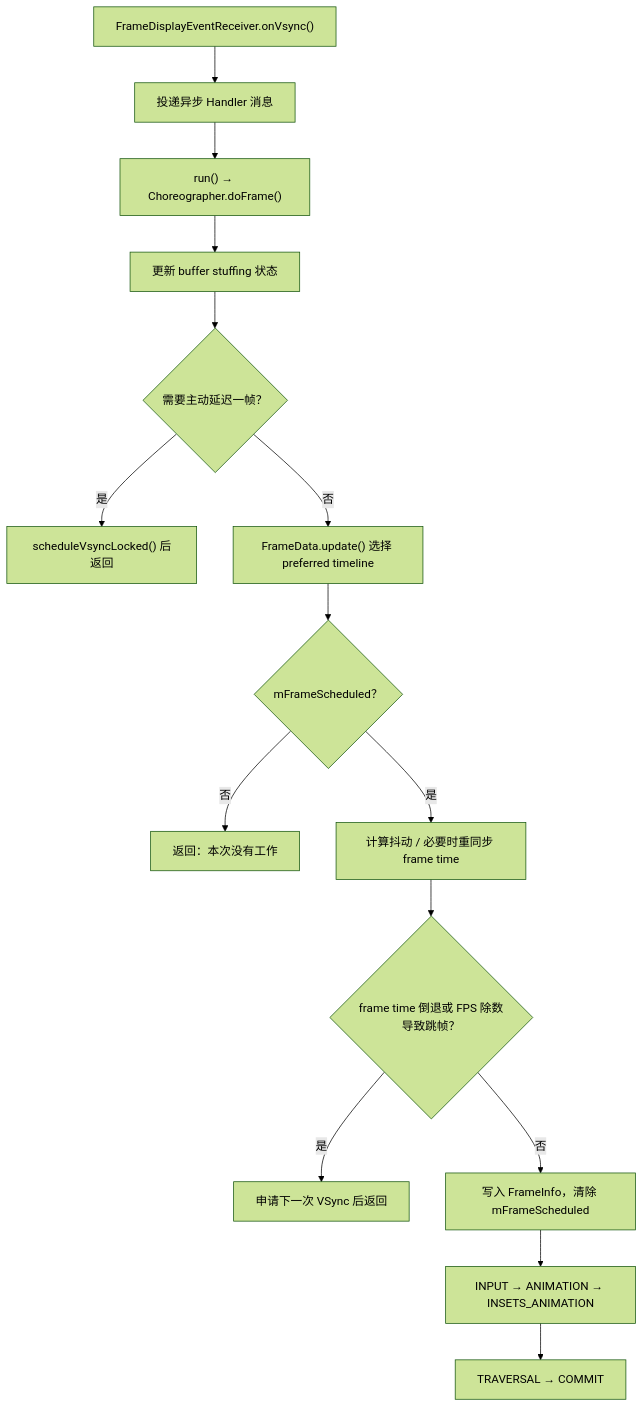
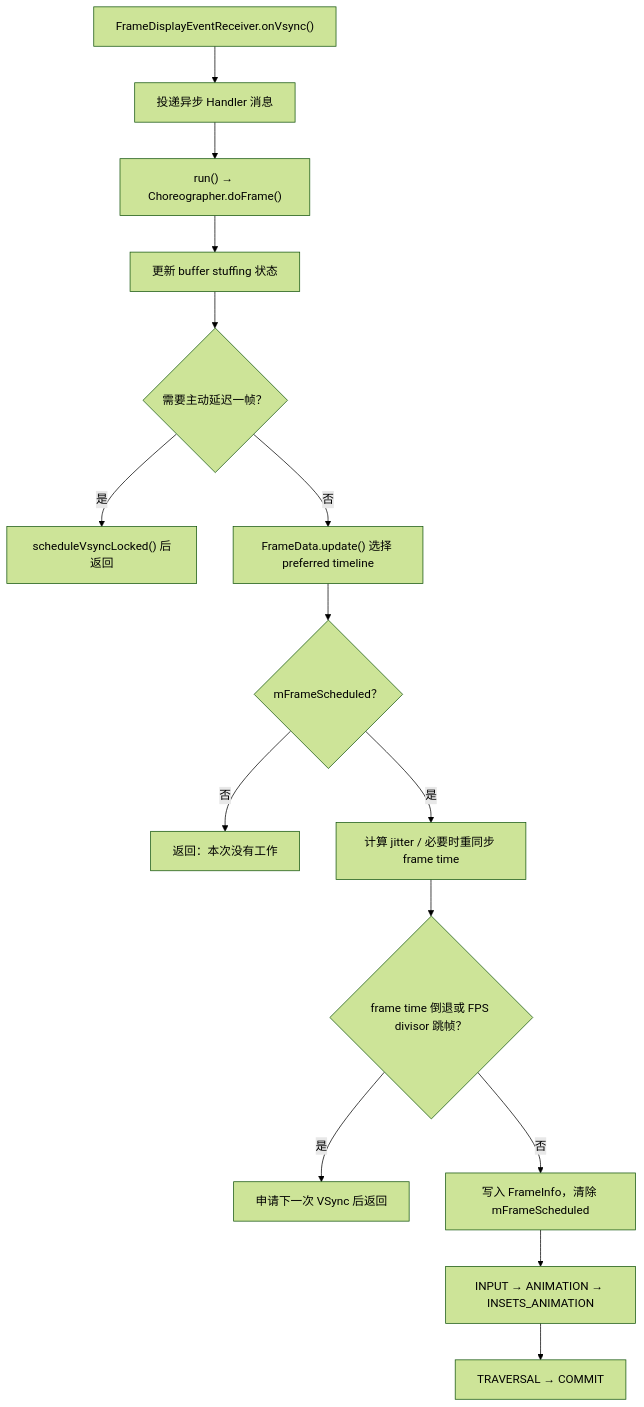
Before and after one commit to Gracker/android-internals-wiki: the diagram in src/part1-fundamentals/ch02-rendering/04-choreographer.md, drawn with Mermaid (forest theme). The commit also changed other lines of this file and 4 other files, not shown here.

````diff
--- a/src/part1-fundamentals/ch02-rendering/04-choreographer.md
+++ b/src/part1-fundamentals/ch02-rendering/04-choreographer.md
@@ -335,17 +335,17 @@
 ```mermaid
 flowchart TD
     A["FrameDisplayEventReceiver.onVsync()"] --> B["投递异步 Handler 消息"]
     B --> C["run() → Choreographer.doFrame()"]
     C --> D["更新 buffer stuffing 状态"]
     D --> E{"需要主动延迟一帧？"}
     E -- "是" --> F["scheduleVsyncLocked() 后返回"]
     E -- "否" --> G["FrameData.update() 选择 preferred timeline"]
     G --> H{"mFrameScheduled？"}
     H -- "否" --> I["返回：本次没有工作"]
-    H -- "是" --> J["计算抖动 / 必要时重同步 frame time"]
-    J --> K{"frame time 倒退或 FPS 除数导致跳帧？"}
+    H -- "是" --> J["计算 jitter / 必要时重同步 frame time"]
+    J --> K{"frame time 倒退或 FPS divisor 跳帧？"}
     K -- "是" --> L["申请下一次 VSync 后返回"]
     K -- "否" --> M["写入 FrameInfo，清除 mFrameScheduled"]
     M --> N["INPUT → ANIMATION → INSETS_ANIMATION"]
     N --> O["TRAVERSAL → COMMIT"]
 ```
````
